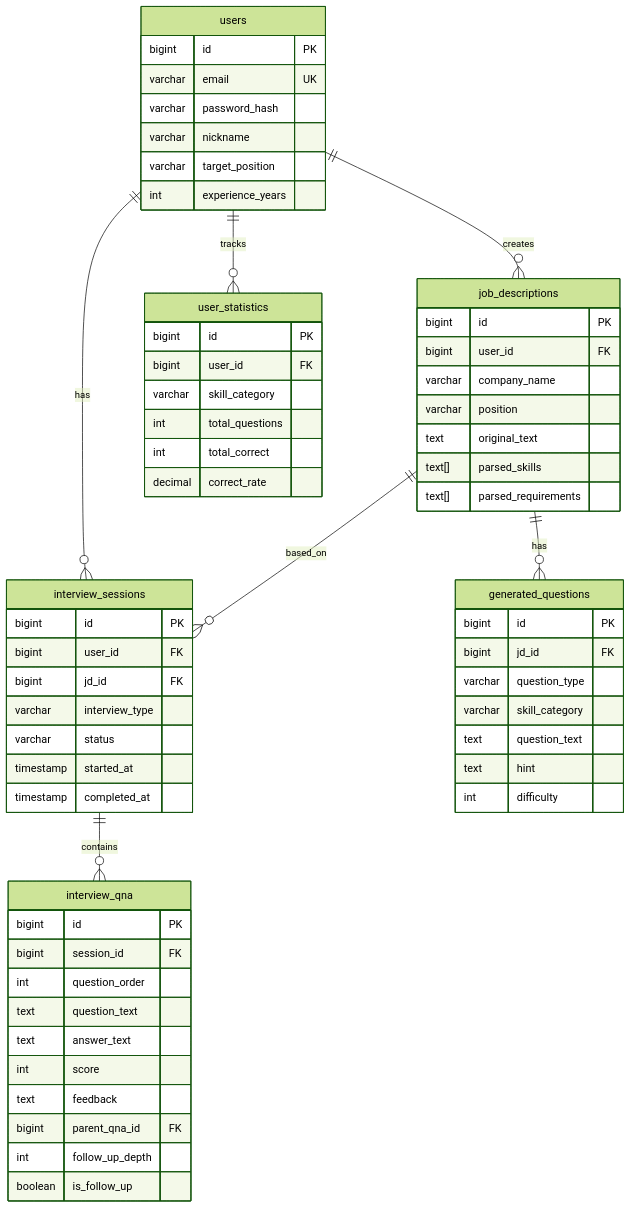
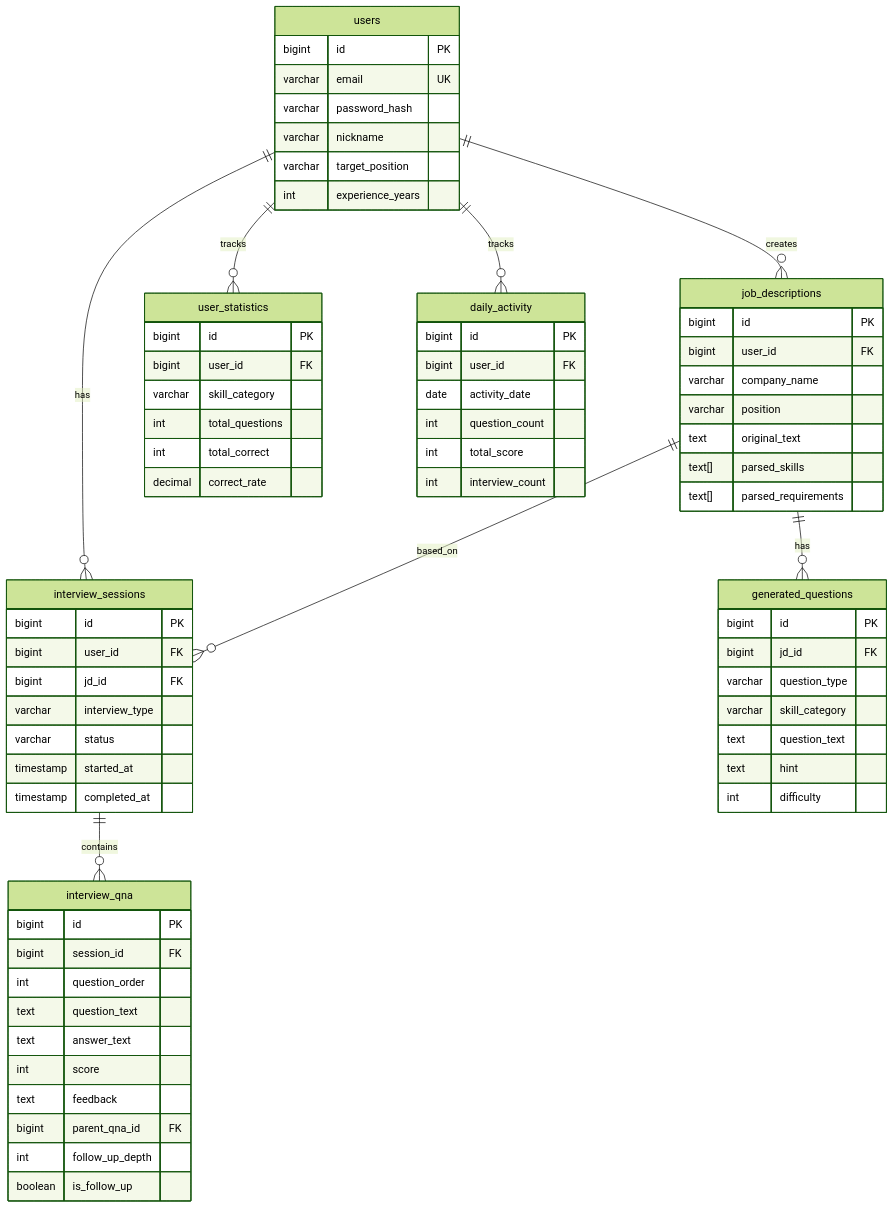
Before and after one commit to jinhyuk9714/interview-coach: the second of 2 diagrams in README.md, drawn with Mermaid (forest theme). The commit also changed other lines of this file and 12 other files, not shown here.

````diff
--- a/README.md
+++ b/README.md
@@ -342,70 +344,81 @@
 ```mermaid
 erDiagram
     users ||--o{ job_descriptions : creates
     users ||--o{ interview_sessions : has
     job_descriptions ||--o{ generated_questions : has
     job_descriptions ||--o{ interview_sessions : based_on
     interview_sessions ||--o{ interview_qna : contains
     users ||--o{ user_statistics : tracks
 
     users {
         bigint id PK
         varchar email UK
         varchar password_hash
         varchar nickname
         varchar target_position
         int experience_years
     }
 
     job_descriptions {
         bigint id PK
         bigint user_id FK
         varchar company_name
         varchar position
         text original_text
         text[] parsed_skills
         text[] parsed_requirements
     }
 
     generated_questions {
         bigint id PK
         bigint jd_id FK
         varchar question_type
         varchar skill_category
         text question_text
         text hint
         int difficulty
     }
 
     interview_sessions {
         bigint id PK
         bigint user_id FK
         bigint jd_id FK
         varchar interview_type
         varchar status
         timestamp started_at
         timestamp completed_at
     }
 
     interview_qna {
         bigint id PK
         bigint session_id FK
         int question_order
         text question_text
         text answer_text
         int score
         text feedback
         bigint parent_qna_id FK
         int follow_up_depth
         boolean is_follow_up
     }
 
     user_statistics {
         bigint id PK
         bigint user_id FK
         varchar skill_category
         int total_questions
         int total_correct
         decimal correct_rate
     }
+
+    daily_activity {
+        bigint id PK
+        bigint user_id FK
+        date activity_date
+        int question_count
+        int total_score
+        int interview_count
+    }
+
+    users ||--o{ daily_activity : tracks
 ```
````
